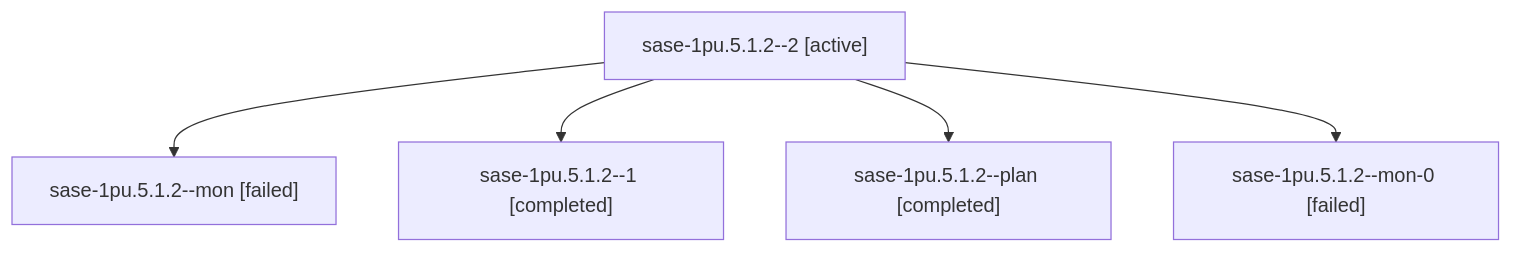
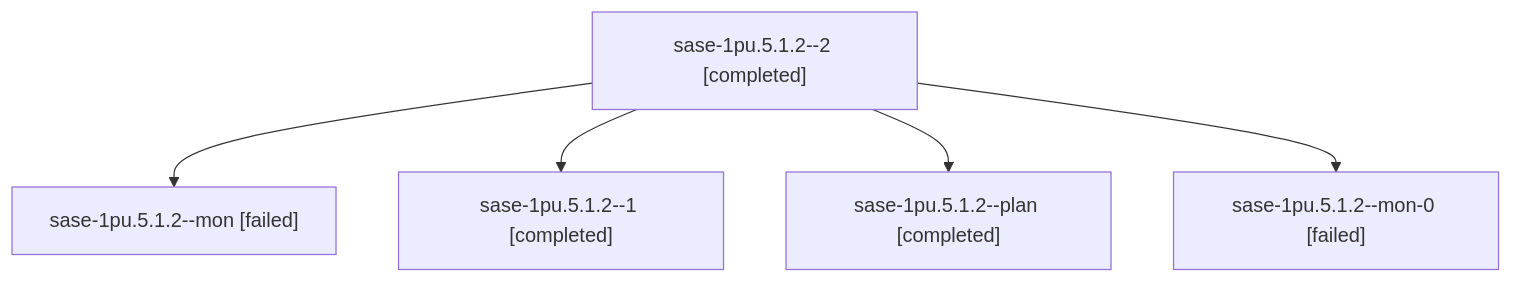
Before and after one commit to sase-org/sase--agents: the diagram in sessions/bbugyi200.athena.sase-1pu.5.1.2.md, drawn with Mermaid. The commit also changed other lines of this file and 212 other files, not shown here.

````diff
--- a/sessions/bbugyi200.athena.sase-1pu.5.1.2.md
+++ b/sessions/bbugyi200.athena.sase-1pu.5.1.2.md
@@ -9,12 +9,12 @@
 ```mermaid
 flowchart TD
-  n0["sase-1pu.5.1.2--2 [active]"]
+  n0["sase-1pu.5.1.2--2 [completed]"]
   n1["sase-1pu.5.1.2--mon [failed]"]
   n0 --> n1
   n2["sase-1pu.5.1.2--1 [completed]"]
   n0 --> n2
   n3["sase-1pu.5.1.2--plan [completed]"]
   n0 --> n3
   n4["sase-1pu.5.1.2--mon-0 [failed]"]
   n0 --> n4
 ```
````
